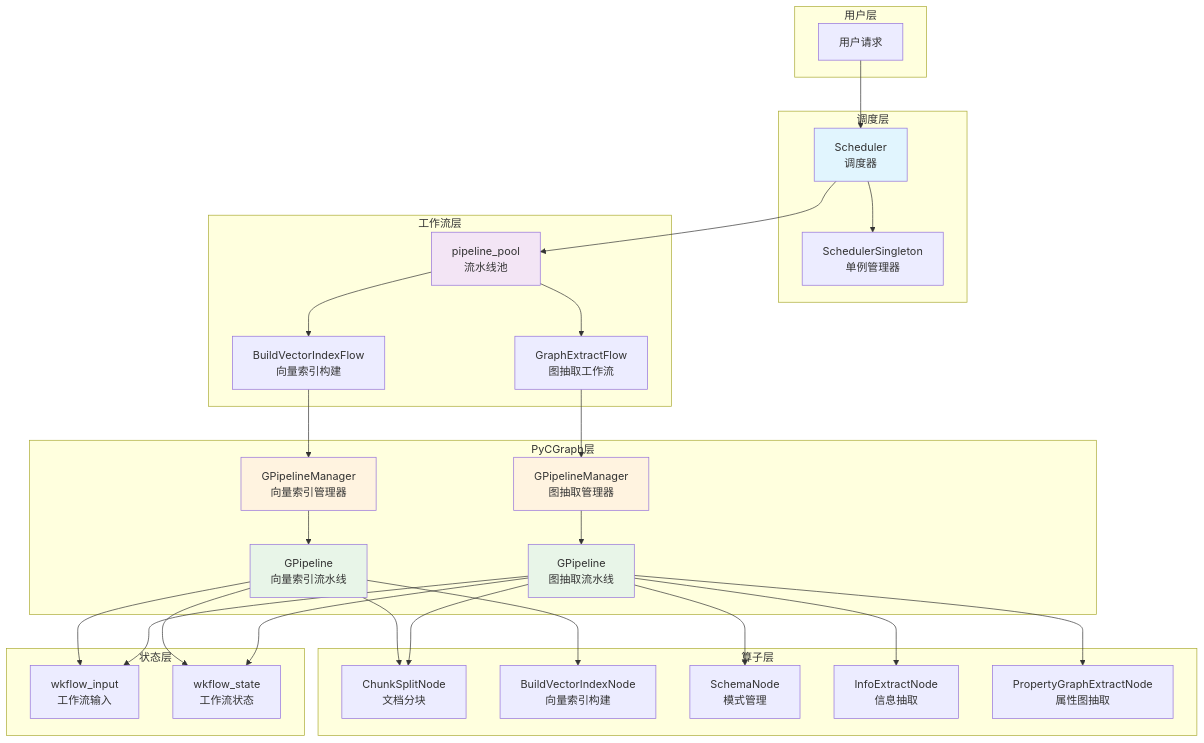
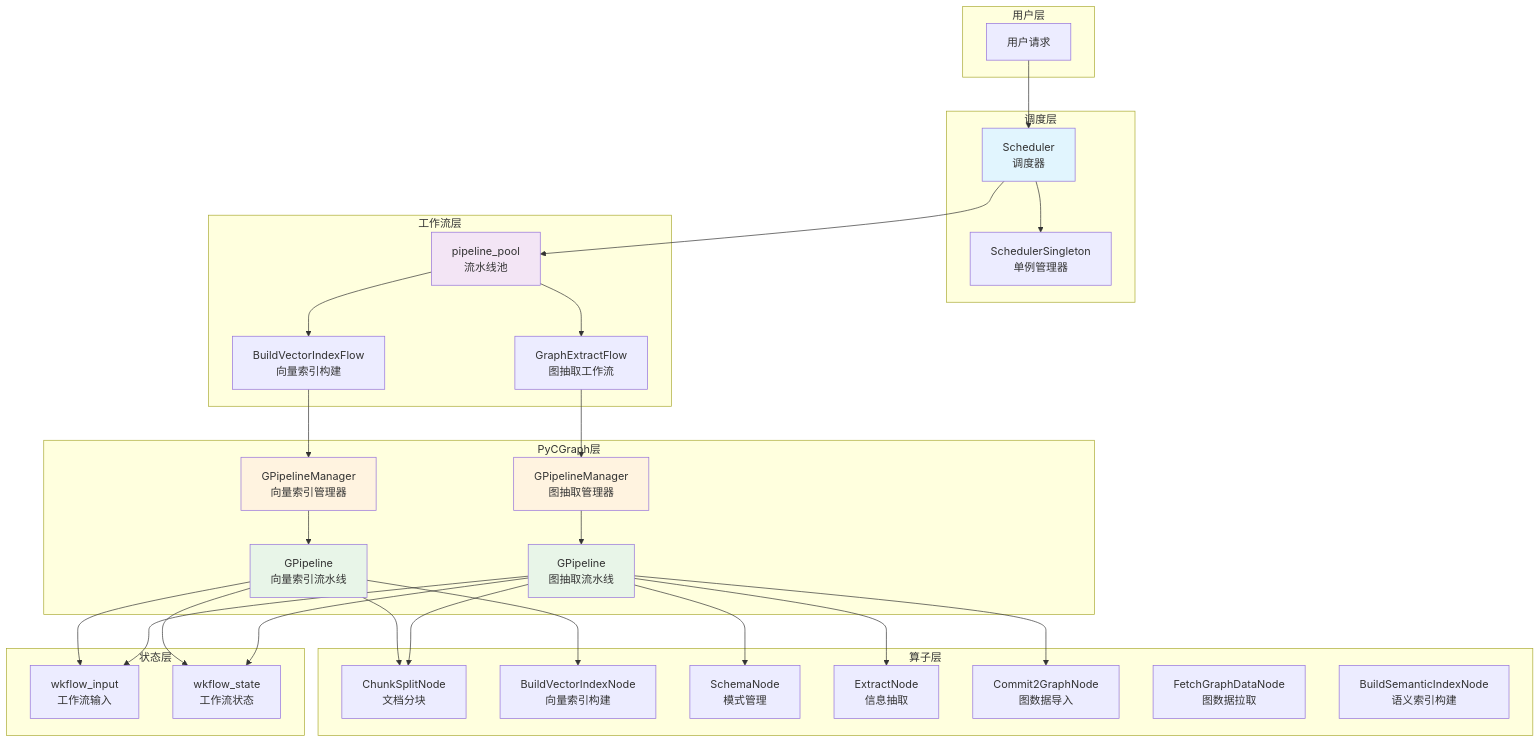
Before and after one commit to hugegraph/hugegraph-ai: the first of 2 diagrams in .vibedev/spec/hugegraph-llm/fixed_flow/design.md, drawn with Mermaid. The commit also changed other lines of this file and 11 other files, not shown here.

````diff
--- a/.vibedev/spec/hugegraph-llm/fixed_flow/design.md
+++ b/.vibedev/spec/hugegraph-llm/fixed_flow/design.md
@@ -54,64 +63,66 @@
 ```mermaid
 graph TB
     subgraph UserLayer["用户层"]
         User["用户请求"]
     end
 
     subgraph SchedulerLayer["调度层"]
         Scheduler["Scheduler<br/>调度器"]
         Singleton["SchedulerSingleton<br/>单例管理器"]
     end
 
     subgraph FlowLayer["工作流层"]
         Pool["pipeline_pool<br/>流水线池"]
         BVI["BuildVectorIndexFlow<br/>向量索引构建"]
         GE["GraphExtractFlow<br/>图抽取工作流"]
     end
 
     subgraph PyCGraphLayer["PyCGraph层"]
         Manager1["GPipelineManager<br/>向量索引管理器"]
         Manager2["GPipelineManager<br/>图抽取管理器"]
         Pipeline1["GPipeline<br/>向量索引流水线"]
         Pipeline2["GPipeline<br/>图抽取流水线"]
     end
 
     subgraph OperatorLayer["算子层"]
         ChunkSplit["ChunkSplitNode<br/>文档分块"]
         BuildVector["BuildVectorIndexNode<br/>向量索引构建"]
         SchemaNode["SchemaNode<br/>模式管理"]
-        InfoExtract["InfoExtractNode<br/>信息抽取"]
-        PropGraph["PropertyGraphExtractNode<br/>属性图抽取"]
+        InfoExtract["ExtractNode<br/>信息抽取"]
+        PropGraph["Commit2GraphNode<br/>图数据导入"]
+        FetchNode["FetchGraphDataNode<br/>图数据拉取"]
+        SemanticIndex["BuildSemanticIndexNode<br/>语义索引构建"]
     end
 
     subgraph StateLayer["状态层"]
         WkInput["wkflow_input<br/>工作流输入"]
         WkState["wkflow_state<br/>工作流状态"]
     end
 
     User --> Scheduler
     Scheduler --> Singleton
     Scheduler --> Pool
     Pool --> BVI
     Pool --> GE
     BVI --> Manager1
     GE --> Manager2
     Manager1 --> Pipeline1
     Manager2 --> Pipeline2
     Pipeline1 --> ChunkSplit
     Pipeline1 --> BuildVector
     Pipeline2 --> SchemaNode
     Pipeline2 --> ChunkSplit
     Pipeline2 --> InfoExtract
     Pipeline2 --> PropGraph
     Pipeline1 --> WkInput
     Pipeline1 --> WkState
     Pipeline2 --> WkInput
     Pipeline2 --> WkState
 
     style Scheduler fill:#e1f5fe
     style Pool fill:#f3e5f5
     style Manager1 fill:#fff3e0
     style Manager2 fill:#fff3e0
     style Pipeline1 fill:#e8f5e8
     style Pipeline2 fill:#e8f5e8
 ```
````
